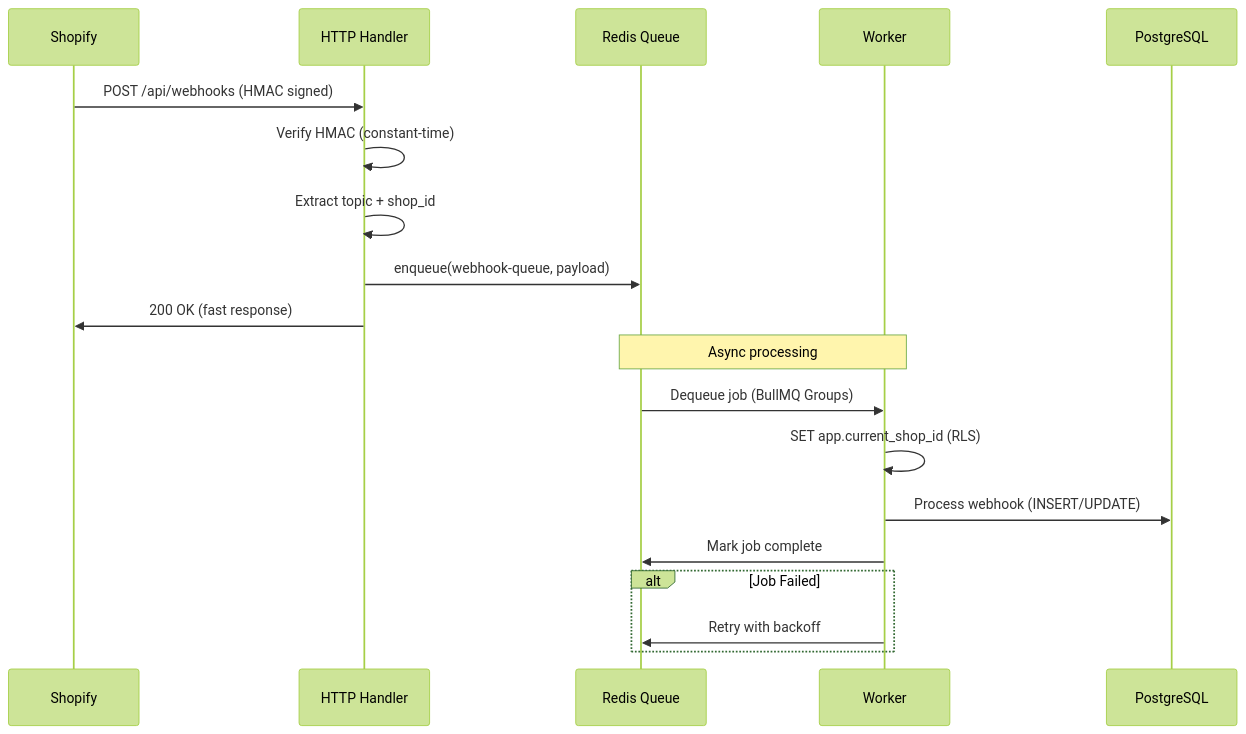
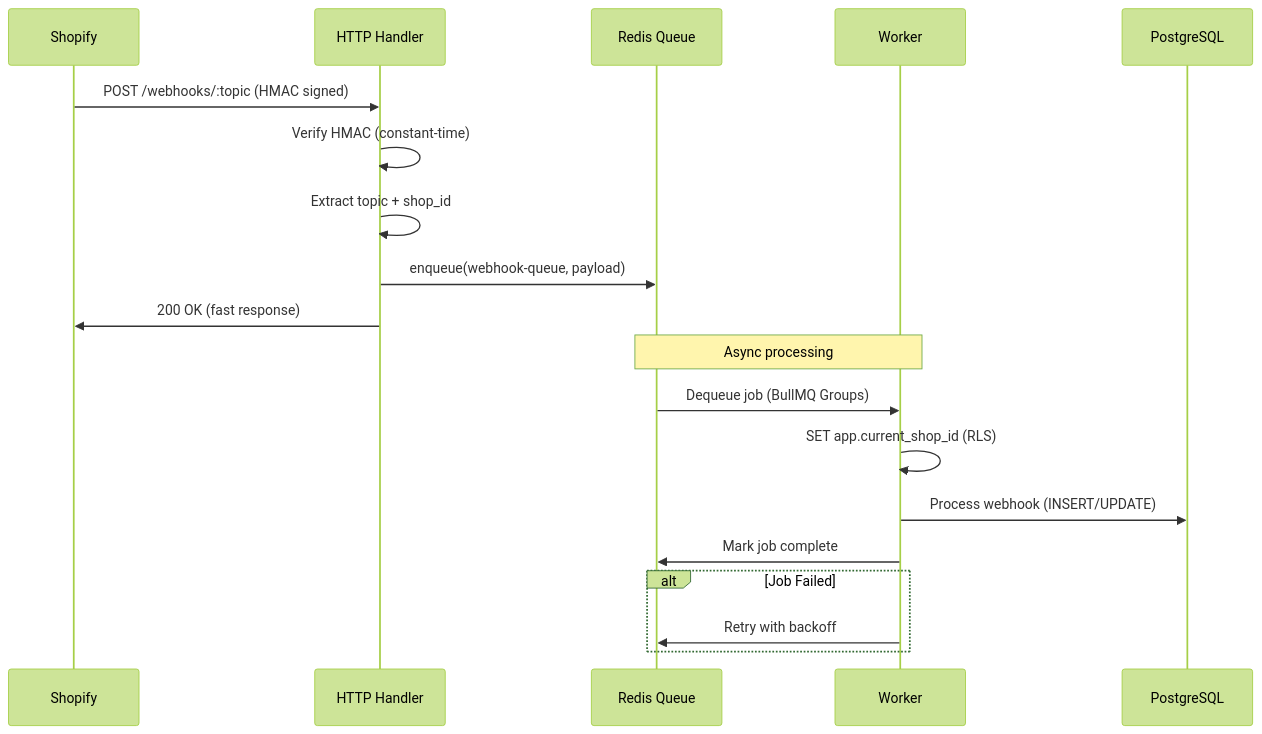
Before and after one commit to neacisu/Neanelu_Shopify: the second of 6 diagrams in Docs/Sequence_Diagrams.md, drawn with Mermaid (forest theme). The commit also changed 9 other files, not shown here.

````diff
--- a/Docs/Sequence_Diagrams.md
+++ b/Docs/Sequence_Diagrams.md
@@ -37,25 +37,25 @@
 ```mermaid
 sequenceDiagram
     participant S as Shopify
     participant H as HTTP Handler
     participant R as Redis Queue
     participant W as Worker
     participant DB as PostgreSQL
 
-    S->>H: POST /api/webhooks (HMAC signed)
+    S->>H: POST /webhooks/:topic (HMAC signed)
     H->>H: Verify HMAC (constant-time)
     H->>H: Extract topic + shop_id
     H->>R: enqueue(webhook-queue, payload)
     H->>S: 200 OK (fast response)
     
     Note over R,W: Async processing
     
     R->>W: Dequeue job (BullMQ Groups)
     W->>W: SET app.current_shop_id (RLS)
     W->>DB: Process webhook (INSERT/UPDATE)
     W->>R: Mark job complete
     
     alt Job Failed
         W->>R: Retry with backoff
     end
 ```
````
